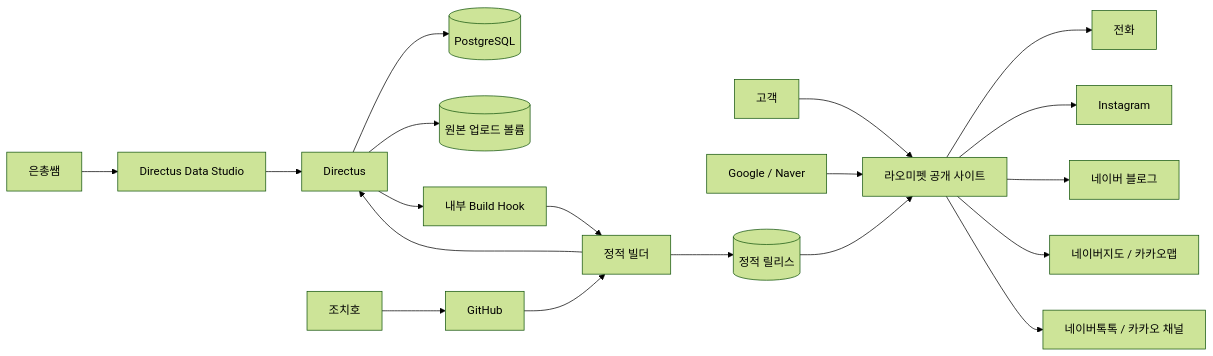
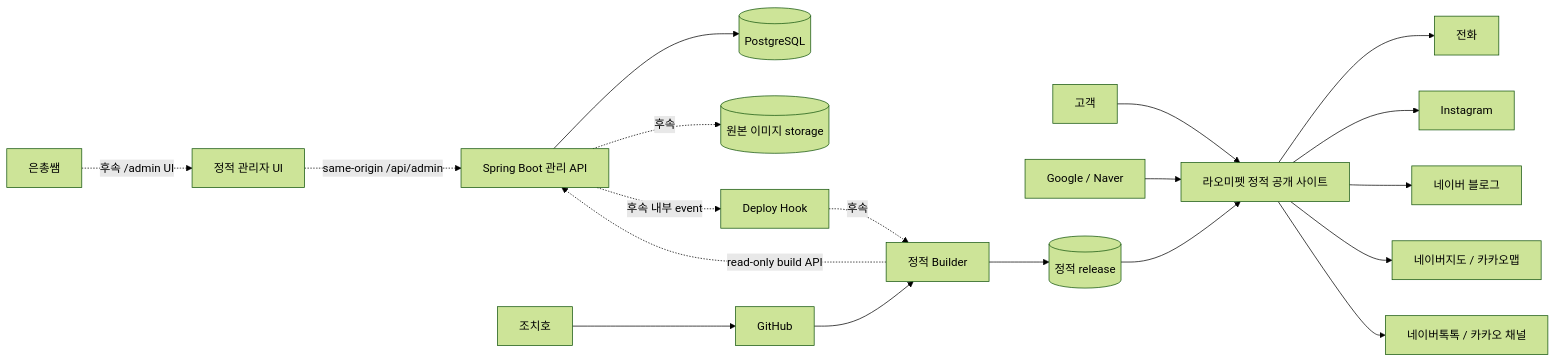
One commit to xxh3898/Rhaomi changed the diagram in docs/04-architecture/system-context.md. Above: the diagram before and after it, drawn with Mermaid (forest theme). The commit also changed other lines of this file and 58 other files, not shown here.

First line of the commit message:
docs: Spring Boot 관리 아키텍처 기준 동기화

````diff
--- a/docs/04-architecture/system-context.md
+++ b/docs/04-architecture/system-context.md
@@ -18,23 +18,23 @@
 ```mermaid
 flowchart LR
-    Customer[고객] --> PublicSite[라오미펫 공개 사이트]
+    Customer[고객] --> PublicSite[라오미펫 정적 공개 사이트]
     Search[Google / Naver] --> PublicSite
     PublicSite --> Phone[전화]
     PublicSite --> Instagram[Instagram]
     PublicSite --> Blog[네이버 블로그]
     PublicSite --> Maps[네이버지도 / 카카오맵]
     PublicSite --> Talk[네이버톡톡 / 카카오 채널]
 
-    Owner[은총쌤] --> Admin[Directus Data Studio]
-    Admin --> Directus[Directus]
-    Directus --> PostgreSQL[(PostgreSQL)]
-    Directus --> Uploads[(원본 업로드 볼륨)]
-    Directus --> BuildHook[내부 Build Hook]
-    BuildHook --> Builder[정적 빌더]
-    Builder --> Directus
-    Builder --> Releases[(정적 릴리스)]
+    Owner[은총쌤] -. 후속 /admin UI .-> AdminUI[정적 관리자 UI]
+    AdminUI -. same-origin /api/admin .-> Backend[Spring Boot 관리 API]
+    Backend --> PostgreSQL[(PostgreSQL)]
+    Backend -. 후속 .-> Uploads[(원본 이미지 storage)]
+    Backend -. 후속 내부 event .-> BuildHook[Deploy Hook]
+    BuildHook -. 후속 .-> Builder[정적 Builder]
+    Builder -. read-only build API .-> Backend
+    Builder --> Releases[(정적 release)]
     Releases --> PublicSite
 
     Developer[조치호] --> GitHub[GitHub]
     GitHub --> Builder
 ```
````
